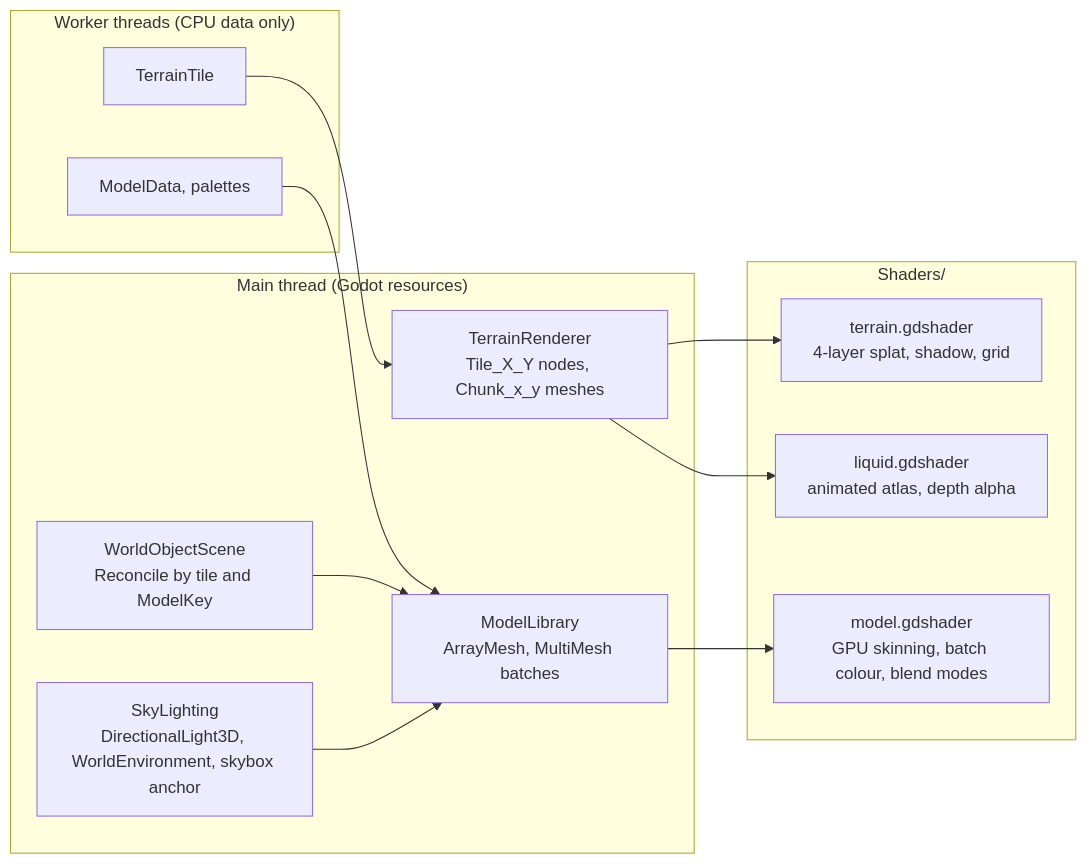
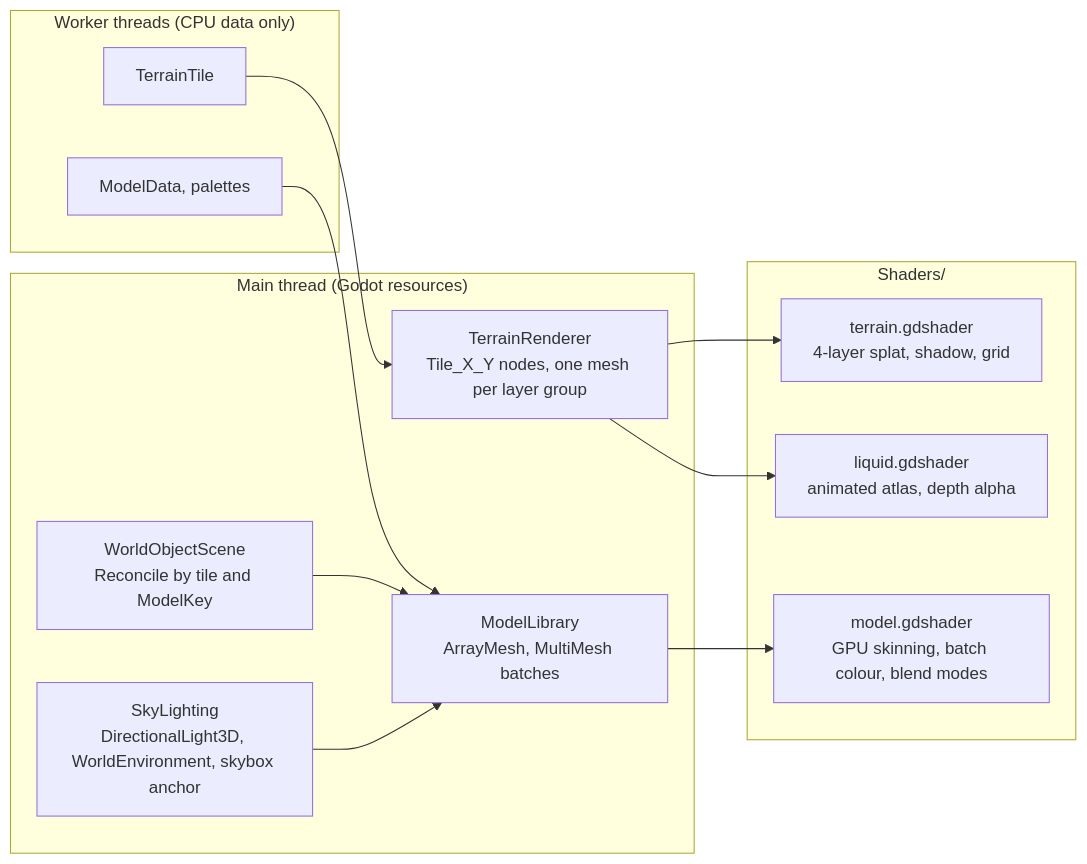
The third of 3 diagrams in docs/architecture/viewer-runtime.md (glitterfartz/ac-world-edit), drawn with Mermaid before and after one commit. The commit also changed other lines of this file and 9 other files, not shown here.

````diff
--- a/docs/architecture/viewer-runtime.md
+++ b/docs/architecture/viewer-runtime.md
@@ -97,23 +97,23 @@
 ```mermaid
 flowchart LR
     subgraph Worker["Worker threads (CPU data only)"]
         tile["TerrainTile"]
         mdl["ModelData, palettes"]
     end
     subgraph Main["Main thread (Godot resources)"]
-        tr["TerrainRenderer<br/>Tile_X_Y nodes, Chunk_x_y meshes"]
+        tr["TerrainRenderer<br/>Tile_X_Y nodes, one mesh per layer group"]
         ml["ModelLibrary<br/>ArrayMesh, MultiMesh batches"]
         wos["WorldObjectScene<br/>Reconcile by tile and ModelKey"]
         sky["SkyLighting<br/>DirectionalLight3D, WorldEnvironment, skybox anchor"]
     end
     subgraph Shaders["Shaders/"]
         ts["terrain.gdshader<br/>4-layer splat, shadow, grid"]
         ls["liquid.gdshader<br/>animated atlas, depth alpha"]
         ms["model.gdshader<br/>GPU skinning, batch colour, blend modes"]
     end
     tile --> tr --> ts
     tr --> ls
     mdl --> ml --> ms
     wos --> ml
     sky --> ml
 ```
````
